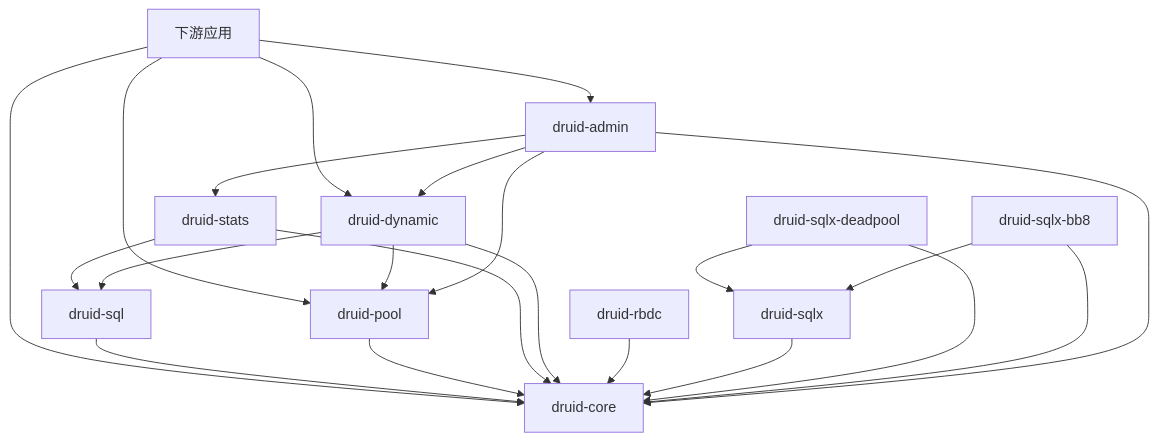
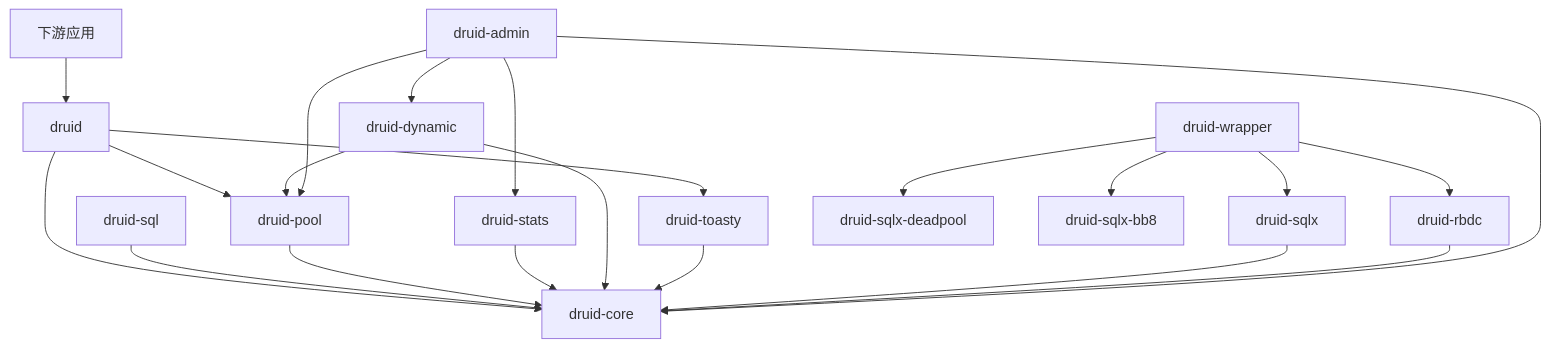
One commit to easy-4-rust/druid-rust changed the diagram in README.zh-CN.md. Above: the diagram before and after it, drawn with Mermaid. The commit also changed other lines of this file and 90 other files, not shown here.

First line of the commit message:
docs(migration): 更新迁移路线图文档

````diff
--- a/README.zh-CN.md
+++ b/README.zh-CN.md
@@ -165,27 +172,27 @@
 ```mermaid
 flowchart TB
-    APP["下游应用"] --> CORE["druid-core"]
-    APP --> POOL["druid-pool"]
-    APP --> DYNAMIC["druid-dynamic"]
-    APP --> ADMIN["druid-admin"]
+    APP["下游应用"] --> FACADE["druid"]
+    FACADE --> CORE["druid-core"]
+    FACADE --> POOL["druid-pool"]
+    FACADE --> TOASTY["druid-toasty"]
 
     SQL["druid-sql"] --> CORE
     POOL --> CORE
     STATS["druid-stats"] --> CORE
-    STATS --> SQL
-    DYNAMIC --> CORE
-    DYNAMIC --> SQL
+    DYNAMIC["druid-dynamic"] --> CORE
     DYNAMIC --> POOL
 
+    TOASTY --> CORE
+    SQLX["druid-sqlx"] --> CORE
     RBDC["druid-rbdc"] --> CORE
-    SQLX["druid-sqlx"] --> CORE
-    SQLXDP["druid-sqlx-deadpool"] --> CORE
-    SQLXDP --> SQLX
-    SQLXB8["druid-sqlx-bb8"] --> CORE
-    SQLXB8 --> SQLX
 
-    ADMIN --> CORE
+    WRAPPER["druid-wrapper"] --> SQLX
+    WRAPPER --> RBDC
+    WRAPPER --> SQLXDP["druid-sqlx-deadpool"]
+    WRAPPER --> SQLXB8["druid-sqlx-bb8"]
+
+    ADMIN["druid-admin"] --> CORE
     ADMIN --> POOL
     ADMIN --> STATS
     ADMIN --> DYNAMIC
 ```
````
